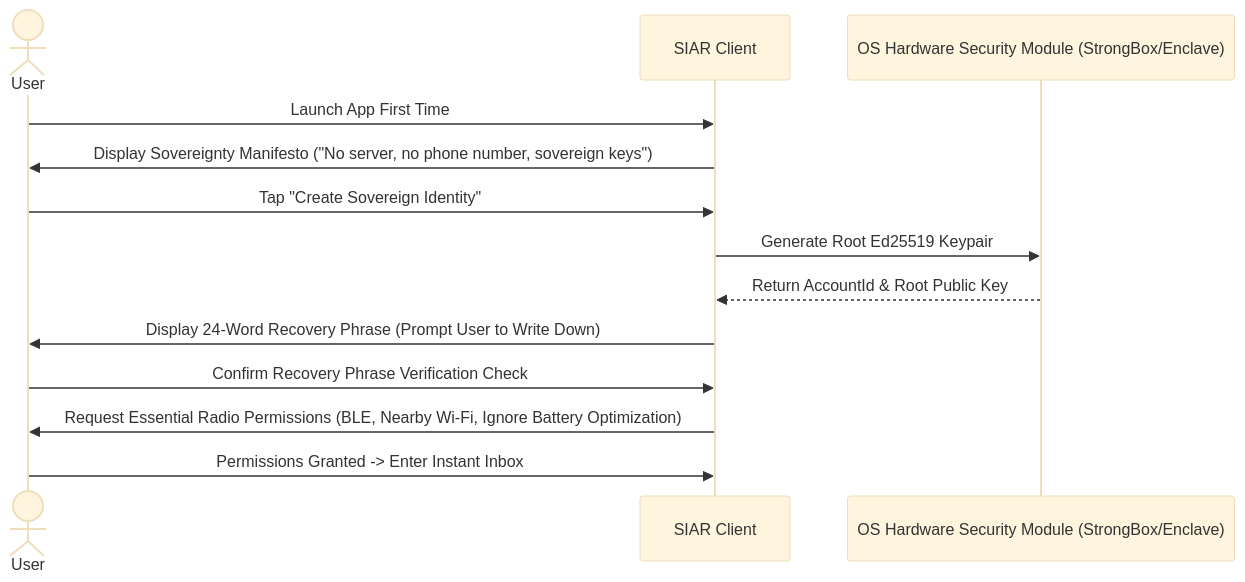
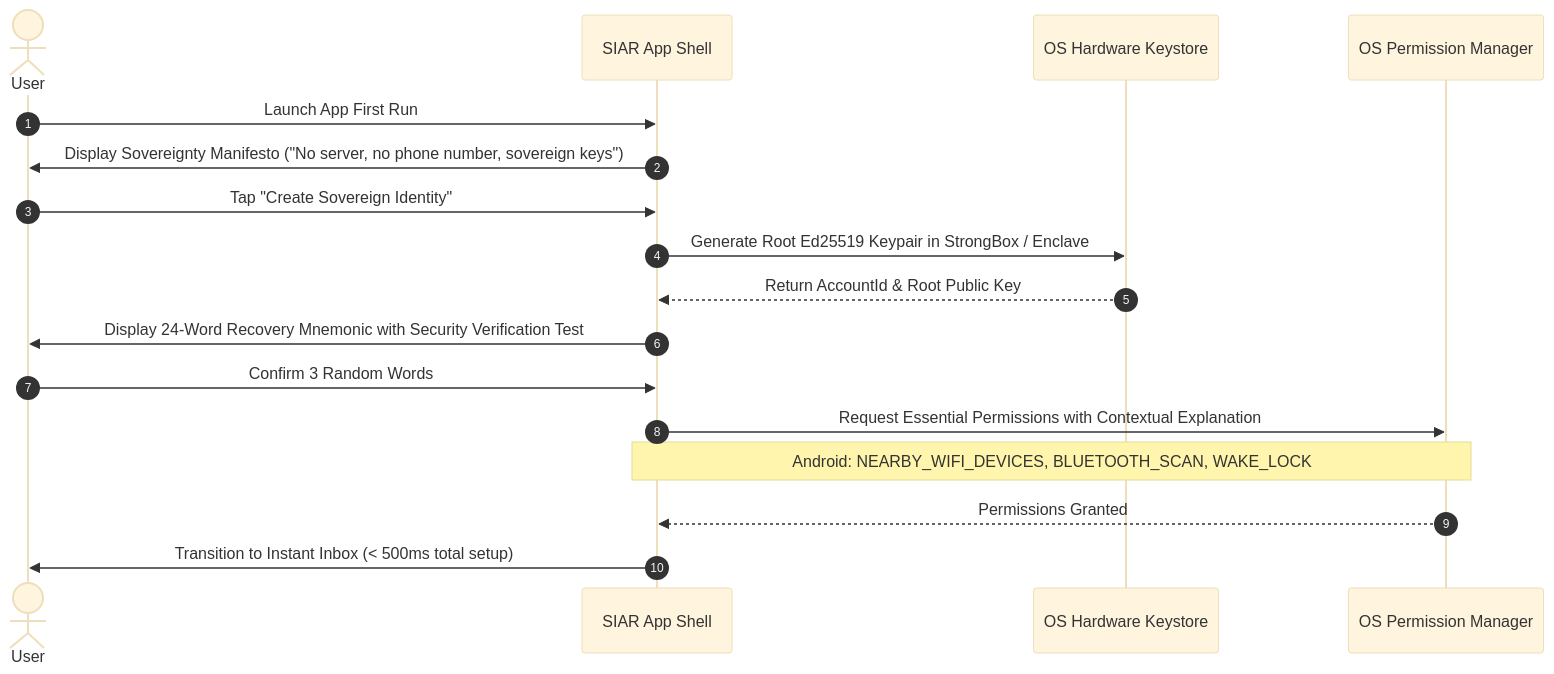
Before and after one commit to irshadali5/siar: the second of 2 diagrams in wiki/26-UI-UX-Performance-Testing-and-Quality-Gates.md, drawn with Mermaid (base theme). The commit also changed other lines of this file, not shown here.

````diff
--- a/wiki/26-UI-UX-Performance-Testing-and-Quality-Gates.md
+++ b/wiki/26-UI-UX-Performance-Testing-and-Quality-Gates.md
@@ -12,16 +94,20 @@
 ```mermaid
 sequenceDiagram
+    autonumber
     actor User
-    participant App as SIAR Client
-    participant HSM as OS Hardware Security Module (StrongBox/Enclave)
+    participant App as SIAR App Shell
+    participant Keystore as OS Hardware Keystore
+    participant Permissions as OS Permission Manager
 
-    User->>App: Launch App First Time
+    User->>App: Launch App First Run
     App->>User: Display Sovereignty Manifesto ("No server, no phone number, sovereign keys")
     User->>App: Tap "Create Sovereign Identity"
-    App->>HSM: Generate Root Ed25519 Keypair
-    HSM-->>App: Return AccountId & Root Public Key
-    App->>User: Display 24-Word Recovery Phrase (Prompt User to Write Down)
-    User->>App: Confirm Recovery Phrase Verification Check
-    App->>User: Request Essential Radio Permissions (BLE, Nearby Wi-Fi, Ignore Battery Optimization)
-    User->>App: Permissions Granted -> Enter Instant Inbox
+    App->>Keystore: Generate Root Ed25519 Keypair in StrongBox / Enclave
+    Keystore-->>App: Return AccountId & Root Public Key
+    App->>User: Display 24-Word Recovery Mnemonic with Security Verification Test
+    User->>App: Confirm 3 Random Words
+    App->>Permissions: Request Essential Permissions with Contextual Explanation
+    Note over App,Permissions: Android: NEARBY_WIFI_DEVICES, BLUETOOTH_SCAN, WAKE_LOCK
+    Permissions-->>App: Permissions Granted
+    App->>User: Transition to Instant Inbox (< 500ms total setup)
 ```
````
